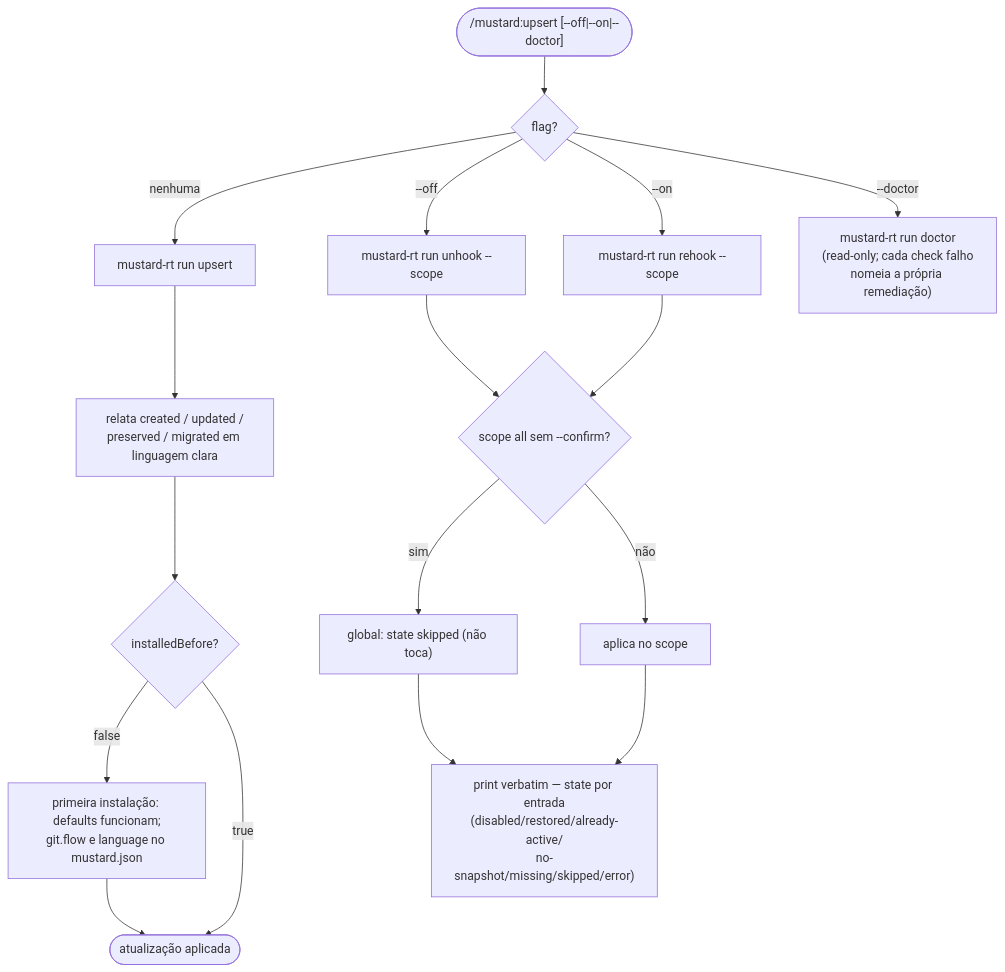
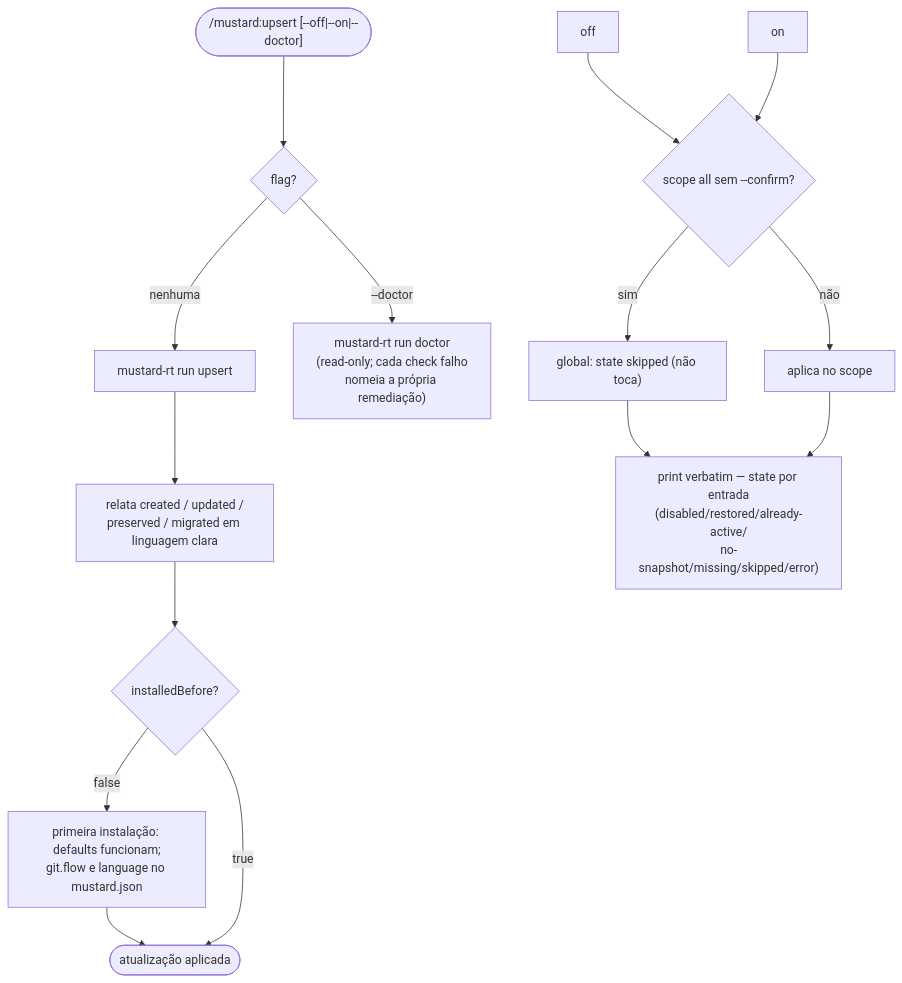
One commit to rubensrpj/mustard changed diagram 11 of 11 in MUSTARD-COMMANDS.md. Above: the diagram before and after it, drawn with Mermaid. The commit also changed other lines of this file and 339 other files, not shown here.

````diff
--- a/MUSTARD-COMMANDS.md
+++ b/MUSTARD-COMMANDS.md
@@ -432,22 +432,20 @@
 ```mermaid
 flowchart TD
     start(["/mustard:upsert [--off|--on|--doctor]"]) --> which{"flag?"}
 
     which -->|nenhuma| ups["mustard-rt run upsert"]
     ups --> lists["relata created / updated /<br/>preserved / migrated em linguagem clara"]
     lists --> first{"installedBefore?"}
     first -->|false| hint["primeira instalação: defaults funcionam;<br/>git.flow e language no mustard.json"]
     first -->|true| doneU(["atualização aplicada"])
     hint --> doneU
 
-    which -->|--off| off["mustard-rt run unhook --scope"]
-    which -->|--on| on["mustard-rt run rehook --scope"]
     off --> scopeChk{"scope all sem --confirm?"}
     on --> scopeChk
     scopeChk -->|sim| skip["global: state skipped (não toca)"]
     scopeChk -->|não| apply["aplica no scope"]
     skip --> report
     apply --> report["print verbatim — state por entrada<br/>(disabled/restored/already-active/<br/>no-snapshot/missing/skipped/error)"]
 
     which -->|--doctor| doc["mustard-rt run doctor<br/>(read-only; cada check falho<br/>nomeia a própria remediação)"]
 ```
````
